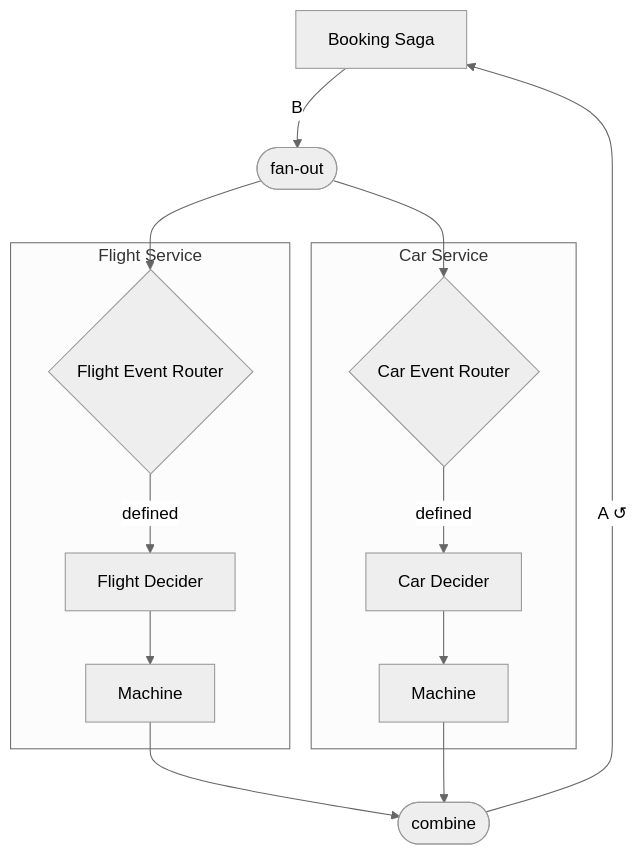
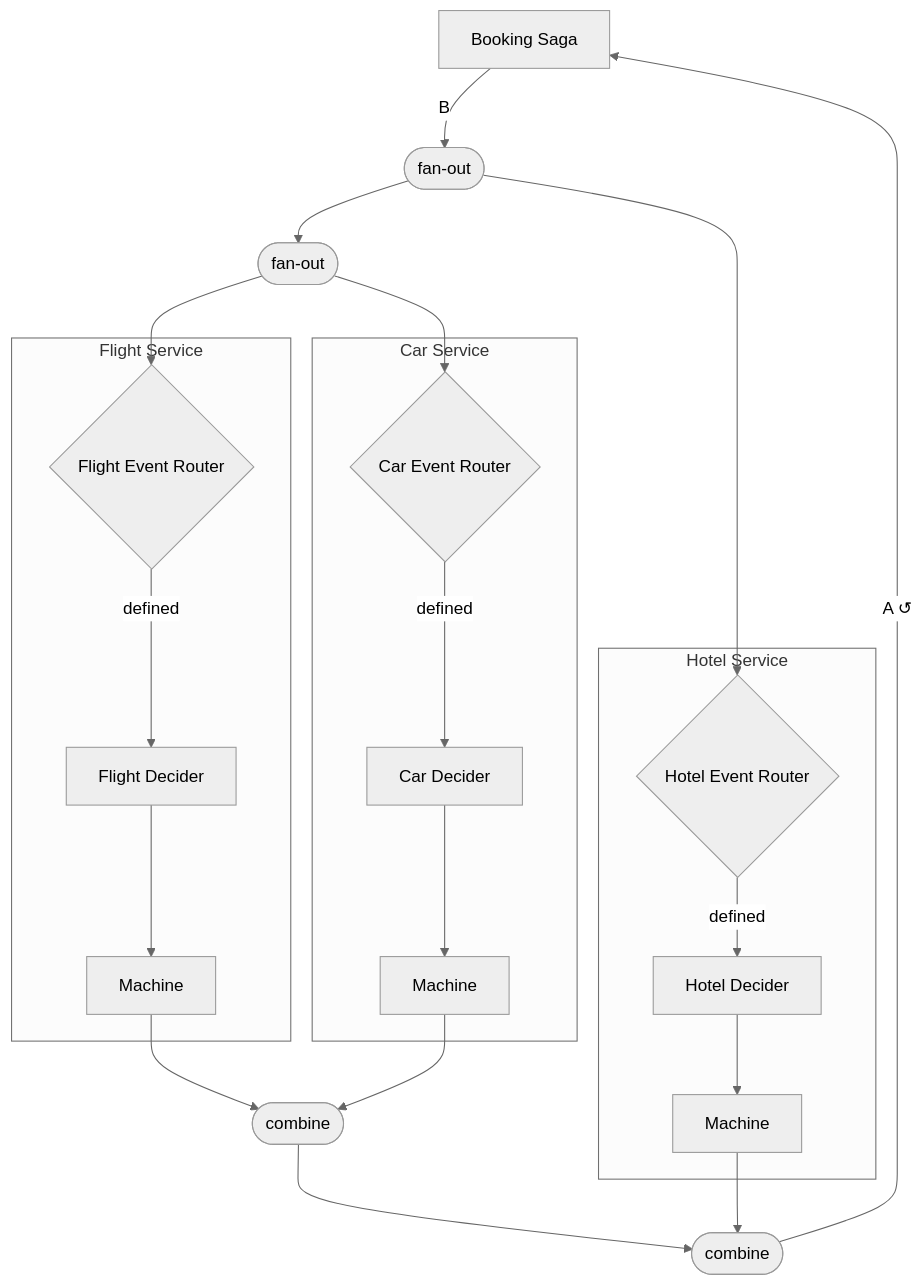
One commit to Fristi/apparatus changed the diagram in docs-src/core/mermaid.md. Above: the diagram before and after it, drawn with Mermaid (neutral theme). The commit also changed other lines of this file and 11 other files, not shown here.

````diff
--- a/docs-src/core/mermaid.md
+++ b/docs-src/core/mermaid.md
@@ -57,26 +53,39 @@
 ```mermaid
 graph TD
     node_1["Booking Saga"]
     fan_2(["fan-out"])
     combine_3(["combine"])
+    fan_4(["fan-out"])
+    combine_5(["combine"])
     subgraph "Flight Service"
-      filter_4{"Flight Event Router"}
-      node_5["Flight Decider"]
-      node_6["Machine"]
+      filter_6{"Flight Event Router"}
+      node_7["Flight Decider"]
+      node_8["Machine"]
     end
     subgraph "Car Service"
-      filter_7{"Car Event Router"}
-      node_8["Car Decider"]
-      node_9["Machine"]
+      filter_9{"Car Event Router"}
+      node_10["Car Decider"]
+      node_11["Machine"]
     end
-    filter_4 -->|defined| node_5
-    node_5 --> node_6
-    filter_7 -->|defined| node_8
-    node_8 --> node_9
-    fan_2 --> filter_4
-    fan_2 --> filter_7
-    node_6 --> combine_3
-    node_9 --> combine_3
+    subgraph "Hotel Service"
+      filter_12{"Hotel Event Router"}
+      node_13["Hotel Decider"]
+      node_14["Machine"]
+    end
+    filter_6 -->|defined| node_7
+    node_7 --> node_8
+    filter_9 -->|defined| node_10
+    node_10 --> node_11
+    fan_4 --> filter_6
+    fan_4 --> filter_9
+    node_8 --> combine_5
+    node_11 --> combine_5
+    filter_12 -->|defined| node_13
+    node_13 --> node_14
+    fan_2 --> fan_4
+    fan_2 --> filter_12
+    combine_5 --> combine_3
+    node_14 --> combine_3
     node_1 -->|B| fan_2
     combine_3 -->|A ↺| node_1
 ```
````
